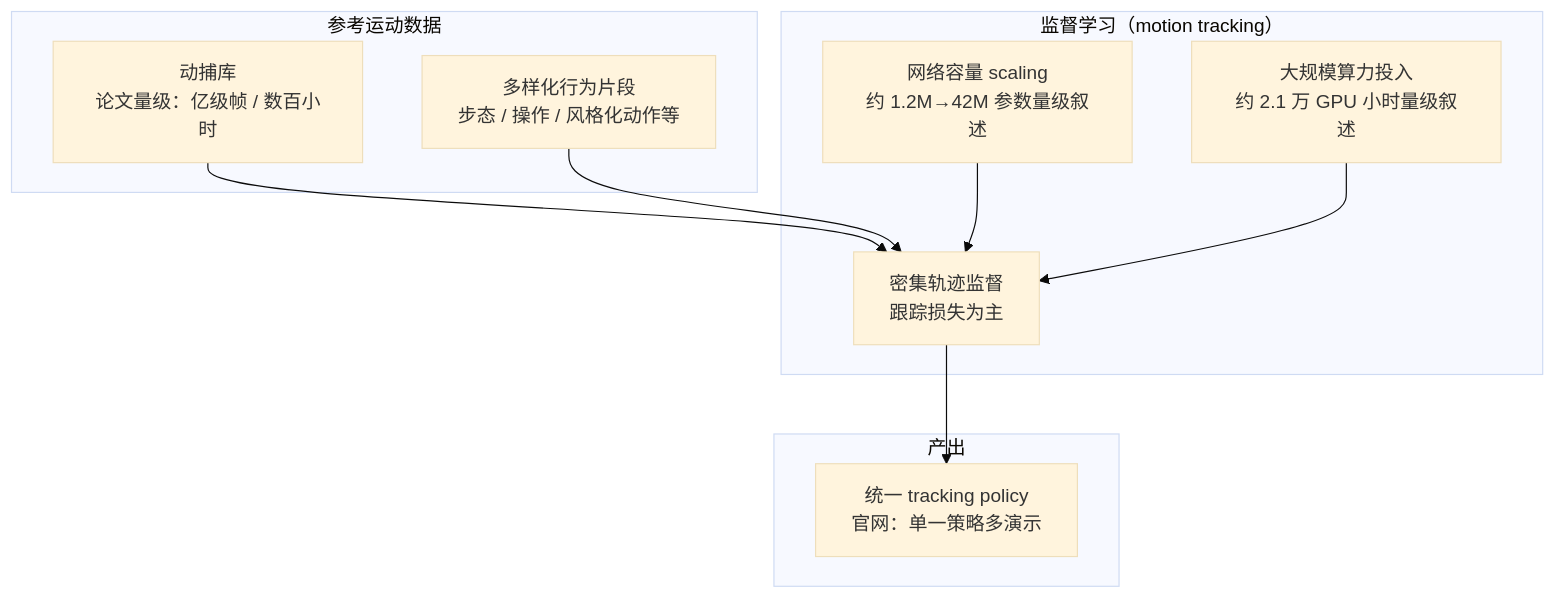
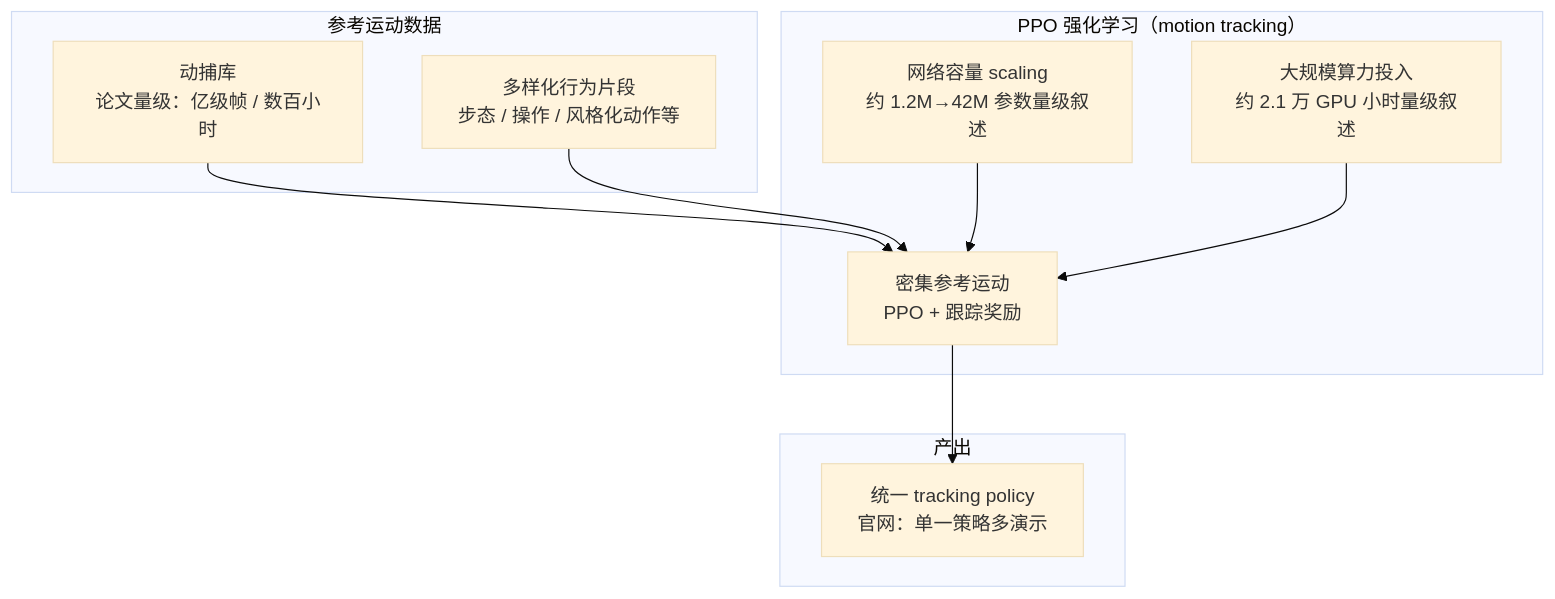
The first of 5 diagrams in wiki/entities/nvidia-sonic.md (ImChong/Robotics_Notebooks), drawn with Mermaid (base theme) before and after one commit. The commit also changed other lines of this file, not shown here.

Commit message:
docs(wiki): 补齐 SONIC 关联骨架并校正 PPO 跟踪流程

````diff
--- a/wiki/entities/nvidia-sonic.md
+++ b/wiki/entities/nvidia-sonic.md
@@ -207,23 +207,23 @@
 ```mermaid
 flowchart TD
   subgraph data["参考运动数据"]
     D1[动捕库<br/>论文量级：亿级帧 / 数百小时]
     D2[多样化行为片段<br/>步态 / 操作 / 风格化动作等]
   end
 
-  subgraph train["监督学习（motion tracking）"]
+  subgraph train["PPO 强化学习（motion tracking）"]
     T1[网络容量 scaling<br/>约 1.2M→42M 参数量级叙述]
-    T2[密集轨迹监督<br/>跟踪损失为主]
+    T2[密集参考运动<br/>PPO + 跟踪奖励]
     T3[大规模算力投入<br/>约 2.1 万 GPU 小时量级叙述]
   end
 
   subgraph out["产出"]
     P[统一 tracking policy<br/>官网：单一策略多演示]
   end
 
   D1 --> T2
   D2 --> T2
   T1 --> T2
   T3 --> T2
   T2 --> P
 ```
````
